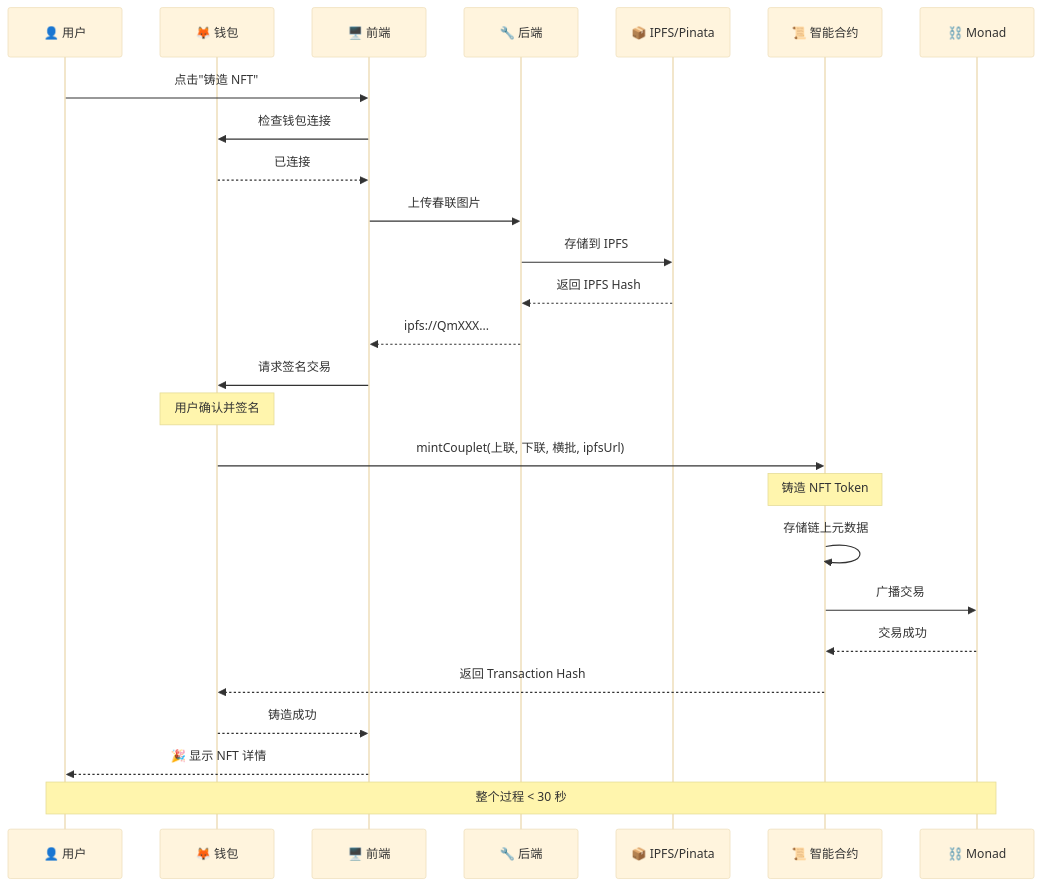
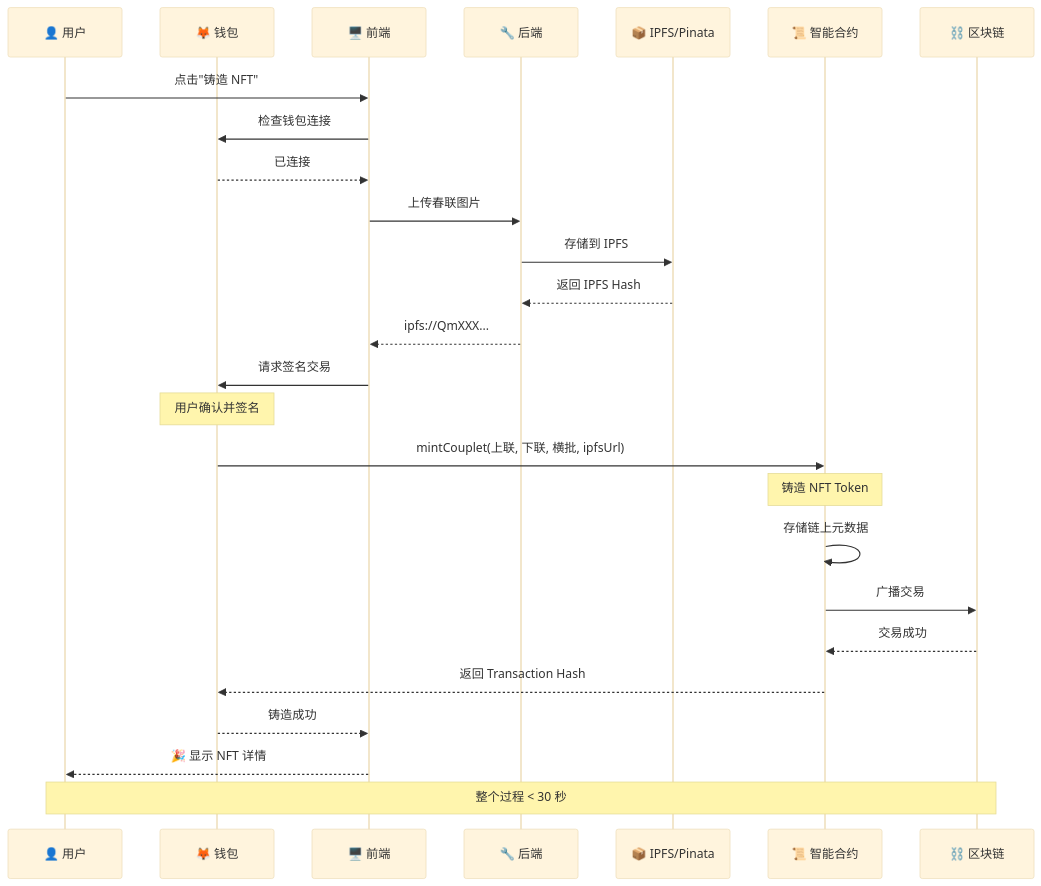
The fifth of 12 diagrams in README.md (JasonRUAN/FuAI), drawn with Mermaid (base theme) before and after one commit. The commit also changed 1 other file, not shown here.

````diff
--- a/README.md
+++ b/README.md
@@ -252,32 +252,32 @@
 ```mermaid
 sequenceDiagram
     participant User as 👤 用户
     participant Wallet as 🦊 钱包
     participant UI as 🖥️ 前端
     participant Backend as 🔧 后端
     participant IPFS as 📦 IPFS/Pinata
     participant Contract as 📜 智能合约
-    participant Blockchain as ⛓️ Monad
+    participant Blockchain as ⛓️ 区块链
     
     User->>UI: 点击"铸造 NFT"
     UI->>Wallet: 检查钱包连接
     Wallet-->>UI: 已连接
     
     UI->>Backend: 上传春联图片
     Backend->>IPFS: 存储到 IPFS
     IPFS-->>Backend: 返回 IPFS Hash
     Backend-->>UI: ipfs://QmXXX...
     
     UI->>Wallet: 请求签名交易
     Note over Wallet: 用户确认并签名
     Wallet->>Contract: mintCouplet(上联, 下联, 横批, ipfsUrl)
     Note over Contract: 铸造 NFT Token
     Contract->>Contract: 存储链上元数据
     Contract->>Blockchain: 广播交易
     Blockchain-->>Contract: 交易成功
     Contract-->>Wallet: 返回 Transaction Hash
     Wallet-->>UI: 铸造成功
     UI-->>User: 🎉 显示 NFT 详情
     
     Note over User,Blockchain: 整个过程 < 30 秒
 ```
````
